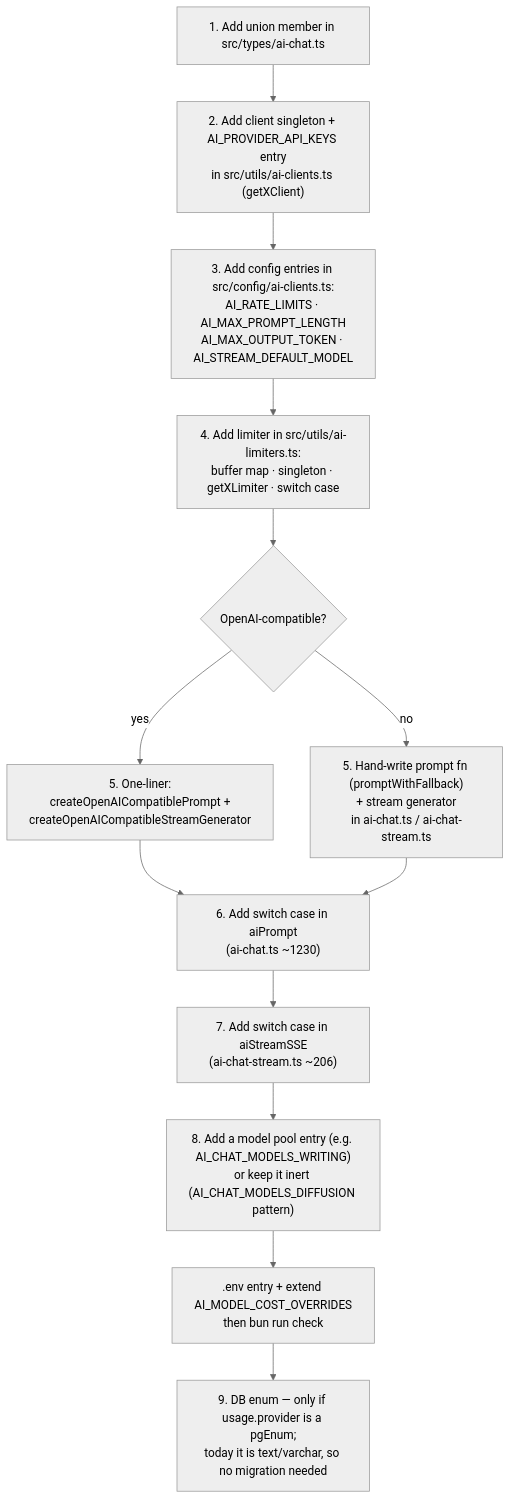
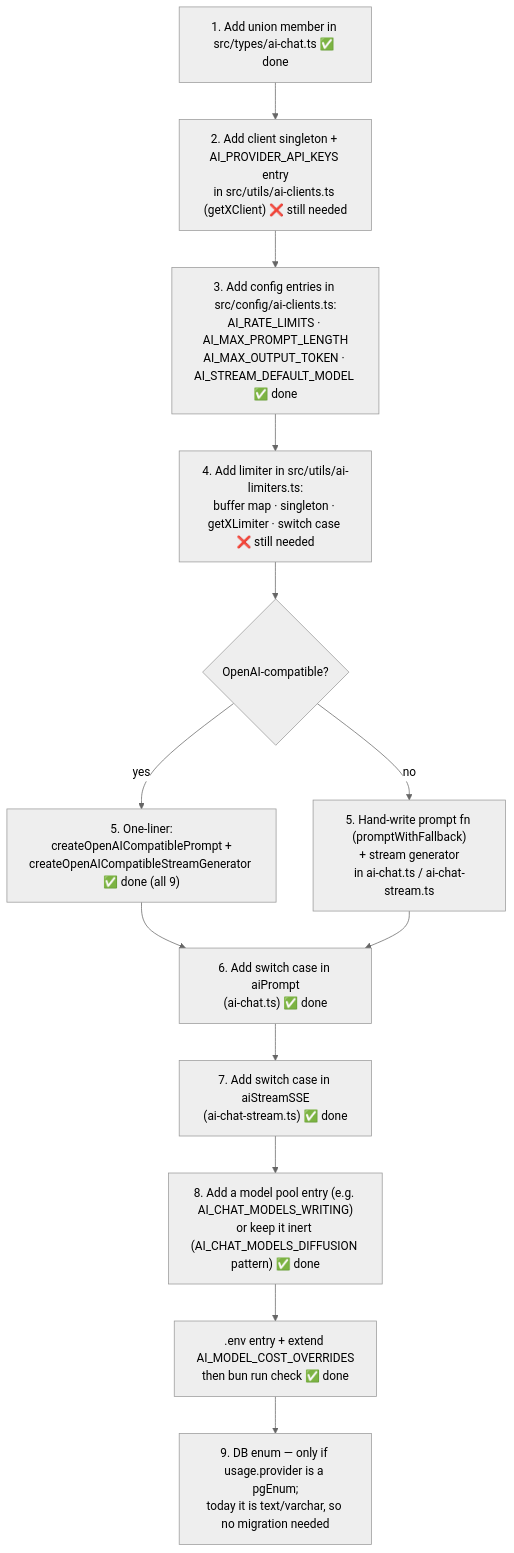
Diagram 12 of 12 in docs/architecture/AI_ORCHESTRATION_ARCHITECTURE.md (txufiknr/Twistloom-backend), drawn with Mermaid (neutral theme) before and after one commit. The commit also changed other lines of this file and 8 other files, not shown here.

````diff
--- a/docs/architecture/AI_ORCHESTRATION_ARCHITECTURE.md
+++ b/docs/architecture/AI_ORCHESTRATION_ARCHITECTURE.md
@@ -618,16 +650,16 @@
 ```mermaid
 flowchart TD
-    Step0["1. Add union member in src/types/ai-chat.ts"]
-    Step0 --> Step1["2. Add client singleton + AI_PROVIDER_API_KEYS entry<br/>in src/utils/ai-clients.ts (getXClient)"]
-    Step1 --> Step2["3. Add config entries in src/config/ai-clients.ts:<br/>AI_RATE_LIMITS · AI_MAX_PROMPT_LENGTH<br/>AI_MAX_OUTPUT_TOKEN · AI_STREAM_DEFAULT_MODEL"]
-    Step2 --> Step3["4. Add limiter in src/utils/ai-limiters.ts:<br/>buffer map · singleton · getXLimiter · switch case"]
+    Step0["1. Add union member in src/types/ai-chat.ts ✅ done"]
+    Step0 --> Step1["2. Add client singleton + AI_PROVIDER_API_KEYS entry<br/>in src/utils/ai-clients.ts (getXClient) ❌ still needed"]
+    Step1 --> Step2["3. Add config entries in src/config/ai-clients.ts:<br/>AI_RATE_LIMITS · AI_MAX_PROMPT_LENGTH<br/>AI_MAX_OUTPUT_TOKEN · AI_STREAM_DEFAULT_MODEL ✅ done"]
+    Step2 --> Step3["4. Add limiter in src/utils/ai-limiters.ts:<br/>buffer map · singleton · getXLimiter · switch case ❌ still needed"]
     Step3 --> S4Q{"OpenAI-compatible?"}
-    S4Q -- yes --> Step4a["5. One-liner:<br/>createOpenAICompatiblePrompt +<br/>createOpenAICompatibleStreamGenerator"]
+    S4Q -- yes --> Step4a["5. One-liner:<br/>createOpenAICompatiblePrompt +<br/>createOpenAICompatibleStreamGenerator ✅ done (all 9)"]
     S4Q -- no --> Step4b["5. Hand-write prompt fn (promptWithFallback)<br/>+ stream generator<br/>in ai-chat.ts / ai-chat-stream.ts"]
-    Step4a --> Step5["6. Add switch case in aiPrompt<br/>(ai-chat.ts ~1230)"]
+    Step4a --> Step5["6. Add switch case in aiPrompt<br/>(ai-chat.ts) ✅ done"]
     Step4b --> Step5
-    Step5 --> Step6["7. Add switch case in aiStreamSSE<br/>(ai-chat-stream.ts ~206)"]
-    Step6 --> Step7["8. Add a model pool entry (e.g. AI_CHAT_MODELS_WRITING)<br/>or keep it inert (AI_CHAT_MODELS_DIFFUSION pattern)"]
-    Step7 --> Step8[".env entry + extend AI_MODEL_COST_OVERRIDES<br/>then bun run check"]
+    Step5 --> Step6["7. Add switch case in aiStreamSSE<br/>(ai-chat-stream.ts) ✅ done"]
+    Step6 --> Step7["8. Add a model pool entry (e.g. AI_CHAT_MODELS_WRITING)<br/>or keep it inert (AI_CHAT_MODELS_DIFFUSION pattern) ✅ done"]
+    Step7 --> Step8[".env entry + extend AI_MODEL_COST_OVERRIDES<br/>then bun run check ✅ done"]
     Step8 --> Step9["9. DB enum — only if usage.provider is a pgEnum;<br/>today it is text/varchar, so no migration needed"]
 ```
````
